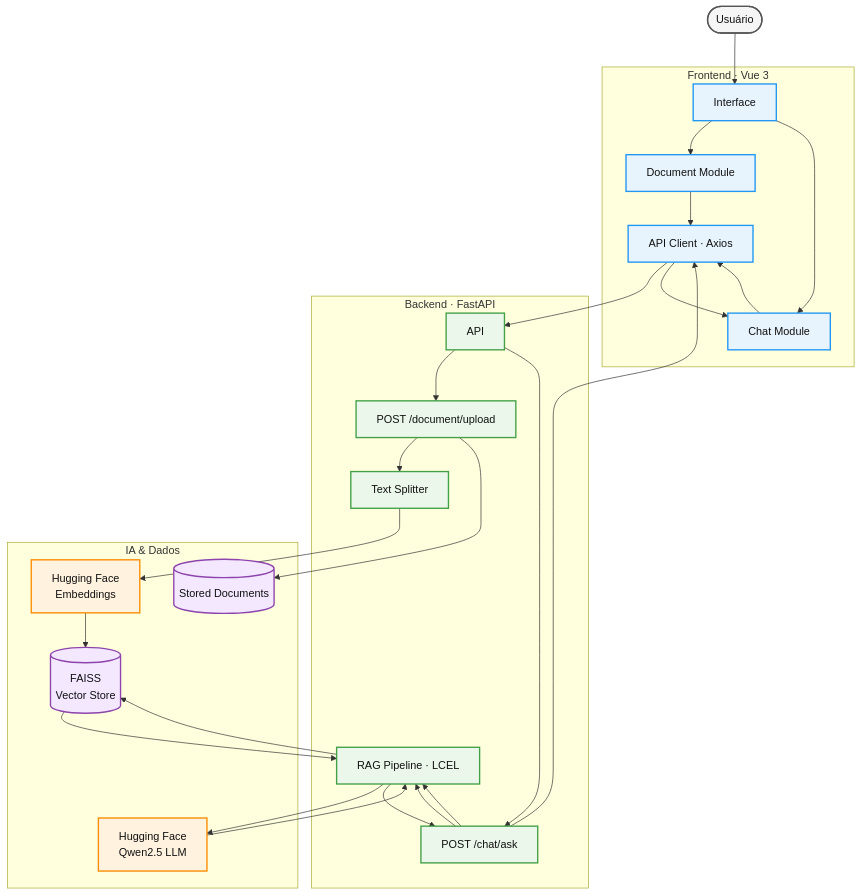
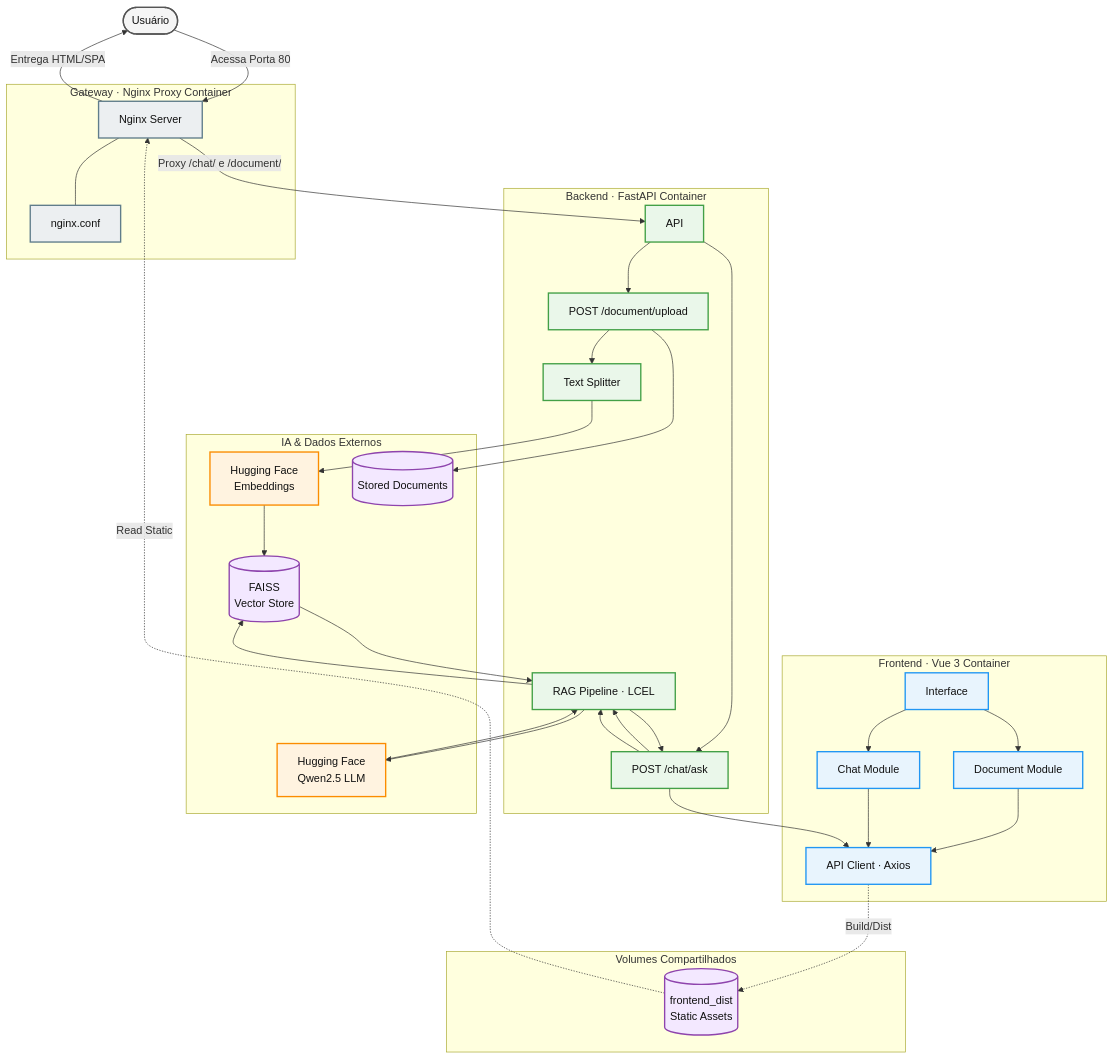
Before and after one commit to rubensrabelo/challenge-one-alura-agente: the first of 2 diagrams in docs/ARCHITECTURE.md, drawn with Mermaid. The commit also changed other lines of this file, not shown here.

Commit message:
docs: restructure system architecture diagram to split local compose mesh and upcoming oci topology

````diff
--- a/docs/ARCHITECTURE.md
+++ b/docs/ARCHITECTURE.md
@@ -9,65 +13,82 @@
 ```mermaid
 flowchart TB
     U([Usuário])
 
-    subgraph FRONT["Frontend · Vue 3"]
+    subgraph PROXY["Gateway · Nginx Proxy Container"]
+        NGX["Nginx Server"]
+        CONF["nginx.conf"]
+        NGX --- CONF
+    end
+
+    subgraph FRONT["Frontend · Vue 3 Container"]
         UI["Interface"]
         DOC["Document Module"]
         CHAT["Chat Module"]
         API["API Client · Axios"]
 
         UI --> DOC
         UI --> CHAT
         DOC --> API
         CHAT --> API
     end
 
-    subgraph BACK["Backend · FastAPI"]
+    subgraph VOL["Volumes Compartilhados"]
+        V_DIST[("frontend_dist<br/>Static Assets")]
+    end
+
+    subgraph BACK["Backend · FastAPI Container"]
         MAIN["API"]
         UPLOAD["POST /document/upload"]
         ASK["POST /chat/ask"]
         SPLIT["Text Splitter"]
         RAG["RAG Pipeline · LCEL"]
 
         MAIN --> UPLOAD
         MAIN --> ASK
         UPLOAD --> SPLIT
         ASK --> RAG
     end
 
-    subgraph AI["IA & Dados"]
+    subgraph AI["IA & Dados Externos"]
         EMB["Hugging Face<br/>Embeddings"]
         FAISS[("FAISS<br/>Vector Store")]
         LLM["Hugging Face<br/>Qwen2.5 LLM"]
         DOCS[("Stored Documents")]
     end
 
-    U --> UI
-    API --> MAIN
+    %% Fluxo de Inicialização e Assets
+    API -.->|Build/Dist| V_DIST
+    V_DIST -.->|Read Static| NGX
+
+    %% Fluxo de Tráfego do Usuário
+    U -->|Acessa Porta 80| NGX
+    NGX -->|Entrega HTML/SPA| U
+    NGX -->|Proxy /chat/ e /document/| MAIN
 
     UPLOAD --> DOCS
     SPLIT --> EMB
     EMB --> FAISS
 
     RAG --> FAISS
     FAISS --> RAG
     RAG --> LLM
     LLM --> RAG
 
     ASK --> RAG
     RAG --> ASK
     ASK --> API
-    API --> CHAT
 
     classDef frontend fill:#e8f4fd,stroke:#2196f3,stroke-width:2px,color:#111
     classDef backend fill:#eaf7ea,stroke:#43a047,stroke-width:2px,color:#111
     classDef ai fill:#fff3e0,stroke:#fb8c00,stroke-width:2px,color:#111
     classDef data fill:#f3e8ff,stroke:#8e44ad,stroke-width:2px,color:#111
     classDef user fill:#f5f5f5,stroke:#555,stroke-width:2px,color:#111
+    classDef proxy fill:#eceff1,stroke:#607d8b,stroke-width:2px,color:#111
 
     class U user
     class UI,DOC,CHAT,API frontend
     class MAIN,UPLOAD,ASK,SPLIT,RAG backend
     class EMB,LLM ai
-    class FAISS,DOCS data
+    class FAISS,DOCS,V_DIST data
+    class NGX,CONF proxy
 ```
````
